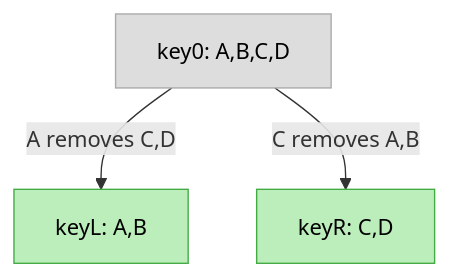
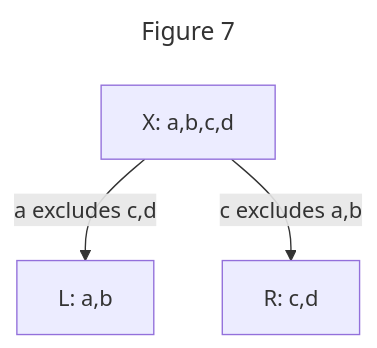
One commit to ssbc/ssb-group-exclusion-spec changed the seventh of 8 diagrams in README.md. Above: the diagram before and after it, drawn with Mermaid. The commit also changed other lines of this file, not shown here.

````diff
--- a/README.md
+++ b/README.md
@@ -285,11 +310,9 @@
 ```mermaid
+---
+title: Figure 7
+---
 graph TB;
-  zero[key0: A,B,C,D]
-  zero--"A removes C,D"-->L[keyL: A,B]
-  zero--"C removes A,B"-->R[keyR: C,D]
-  class L winner;
-  class R winner;
-
-classDef default fill:#ddd,stroke:#aaa,color:#000;
-classDef winner fill:#beb,stroke:#4a4,color:#000;
+  zero[X: a,b,c,d]
+  zero--"a excludes c,d"-->L[L: a,b]
+  zero--"c excludes a,b"-->R[R: c,d]
 ```
````
